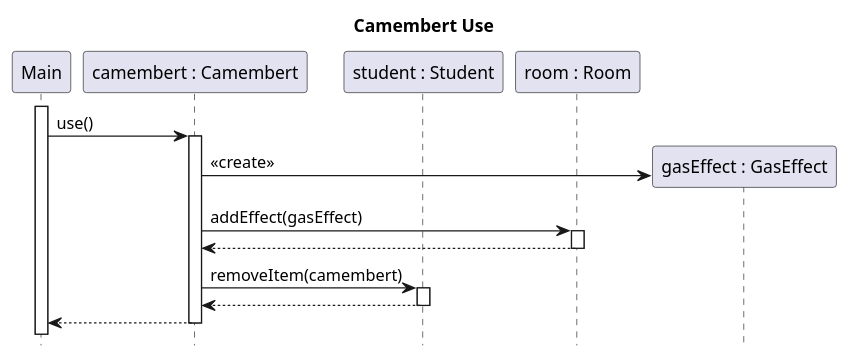
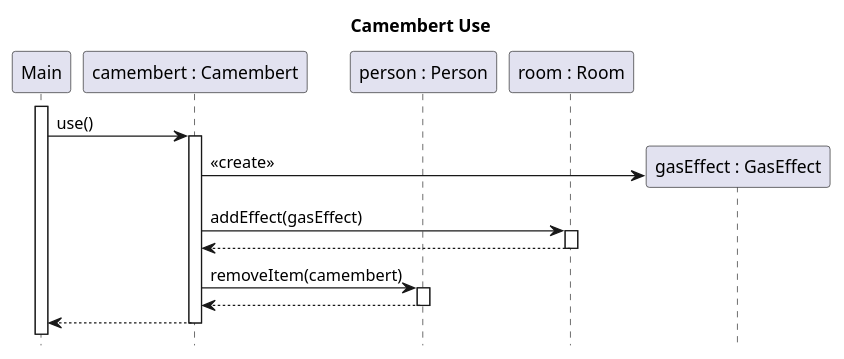
One commit to sn4k3ch4rm3r/logarlec changed the diagram in docs/diagrams/test-sequence/student_use_camebert.puml. Above: the diagram before and after it, drawn with PlantUML. The commit also changed other lines of this file and 1 other file, not shown here.

```diff
--- a/docs/diagrams/test-sequence/student_use_camebert.puml
+++ b/docs/diagrams/test-sequence/student_use_camebert.puml
@@ -1,22 +1,22 @@
-@startuml student-use-camembert
+@startuml item-camembert-use
 
 title Camembert Use
 hide footbox
 
 participant Main
 participant "camembert : Camembert" as camembert
-participant "student : Student" as student
+participant "person : Person" as person
 participant "room : Room" as room
 
 activate Main
 Main -> camembert ++: use()
 
 	create "gasEffect : GasEffect" as gasEffect
 	camembert -> gasEffect : <<create>>
 	camembert -> room ++: addEffect(gasEffect)
 	return
-	camembert -> student ++: removeItem(camembert)
+	camembert -> person ++: removeItem(camembert)
 	return
 return
 
 @enduml
```
